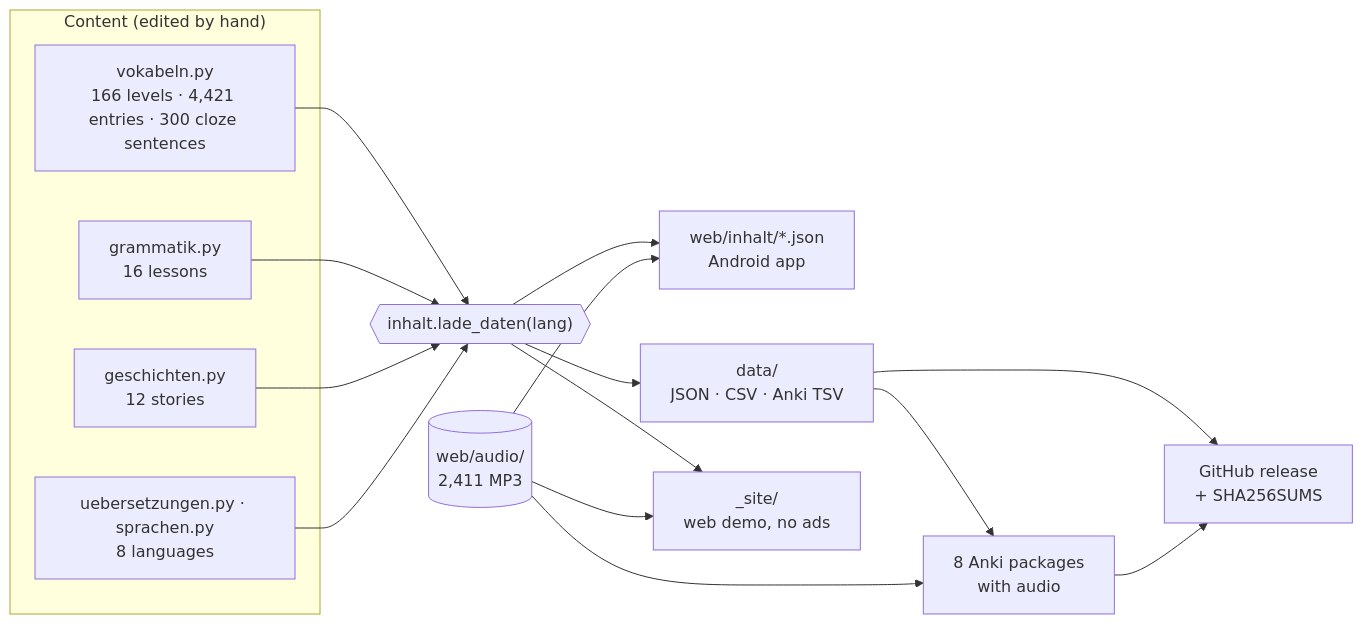
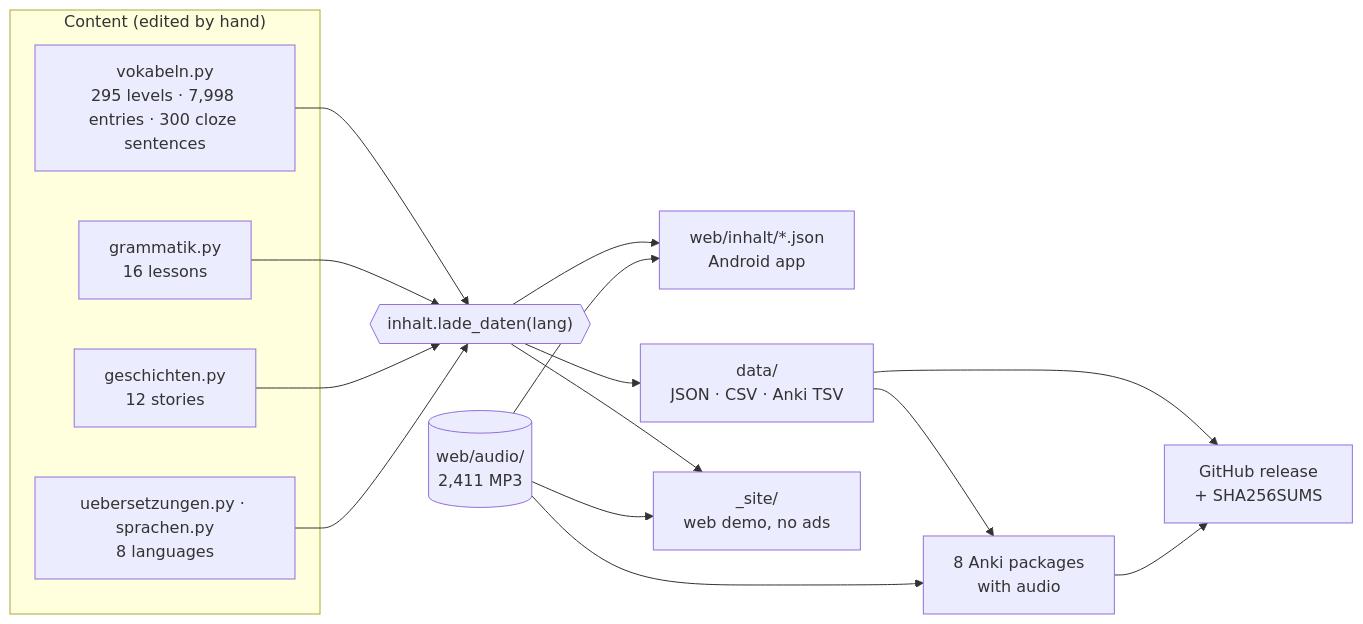
The first of 2 diagrams in README.md (zmaj-lernapp/zmaj), drawn with Mermaid before and after one commit. The commit also changed other lines of this file and 77 other files, not shown here.

````diff
--- a/README.md
+++ b/README.md
@@ -130,19 +130,19 @@
 ```mermaid
 flowchart LR
   subgraph src["Content (edited by hand)"]
-    V["vokabeln.py<br/>166 levels · 4,421 entries · 300 cloze sentences"]
+    V["vokabeln.py<br/>295 levels · 7,998 entries · 300 cloze sentences"]
     G["grammatik.py<br/>16 lessons"]
     S["geschichten.py<br/>12 stories"]
     U["uebersetzungen.py · sprachen.py<br/>8 languages"]
   end
   L{{"inhalt.lade_daten(lang)"}}
   V & G & S & U --> L
   A[("web/audio/<br/>2,411 MP3")]
   L --> APP["web/inhalt/*.json<br/>Android app"]
   L --> DS["data/<br/>JSON · CSV · Anki TSV"]
   L --> DEMO["_site/<br/>web demo, no ads"]
   DS --> ANKI["8 Anki packages<br/>with audio"]
   A --> APP & DEMO & ANKI
   DS --> REL["GitHub release<br/>+ SHA256SUMS"]
   ANKI --> REL
 ```
````
